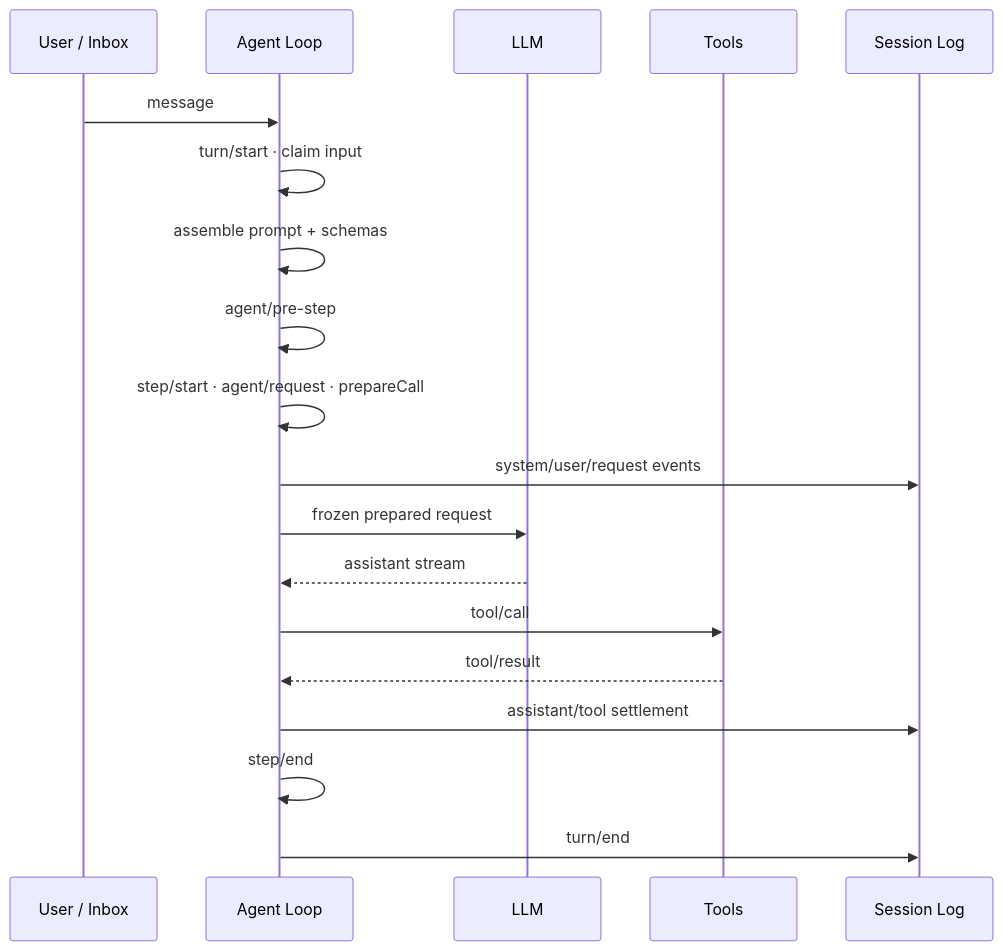
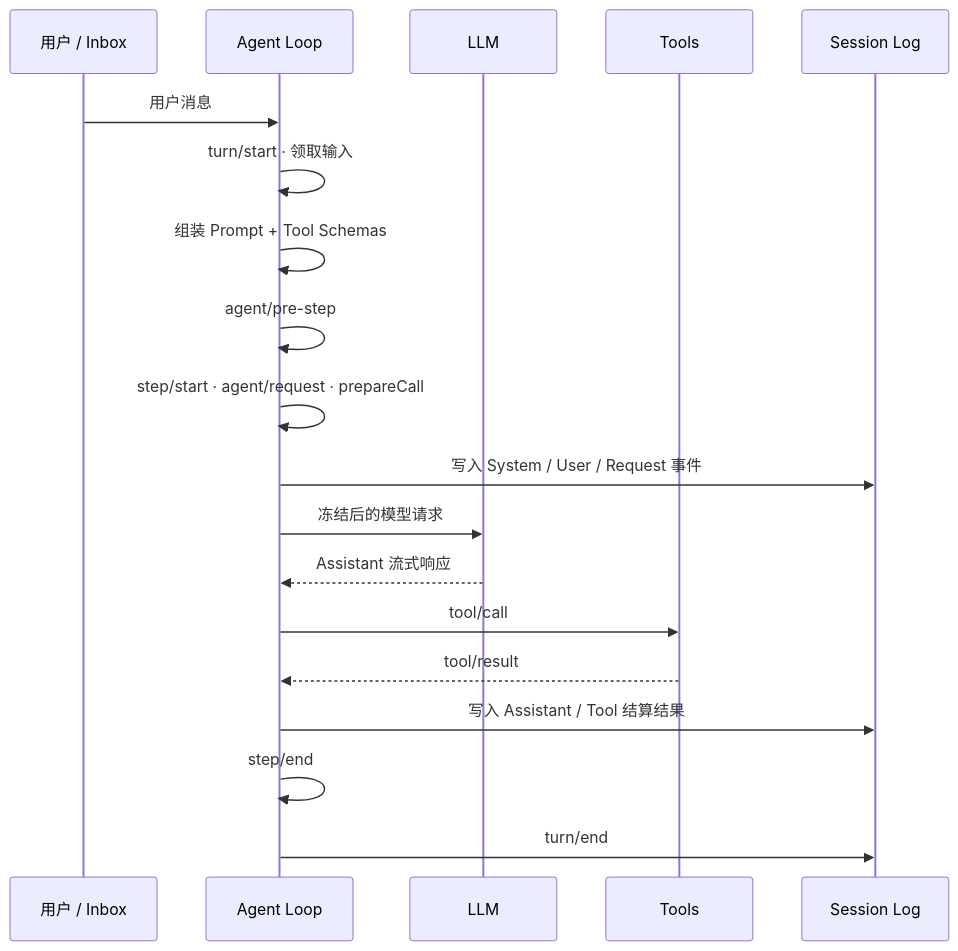
The diagram in src/react-app/content/whitepaper/v0.1.5-rc.1/04-runtime.md (0326/dsh-plugin-market), drawn with Mermaid before and after one commit. The commit also changed other lines of this file, not shown here.

Commit message:
docs: localize runtime diagram and source references

````diff
--- a/src/react-app/content/whitepaper/v0.1.5-rc.1/04-runtime.md
+++ b/src/react-app/content/whitepaper/v0.1.5-rc.1/04-runtime.md
@@ -21,21 +21,21 @@
 ```mermaid id=turn-flow
 sequenceDiagram
-  participant U as User / Inbox
+  participant U as 用户 / Inbox
   participant A as Agent Loop
   participant L as LLM
   participant T as Tools
   participant S as Session Log
-  U->>A: message
-  A->>A: turn/start · claim input
-  A->>A: assemble prompt + schemas
+  U->>A: 用户消息
+  A->>A: turn/start · 领取输入
+  A->>A: 组装 Prompt + Tool Schemas
   A->>A: agent/pre-step
   A->>A: step/start · agent/request · prepareCall
-  A->>S: system/user/request events
-  A->>L: frozen prepared request
-  L-->>A: assistant stream
+  A->>S: 写入 System / User / Request 事件
+  A->>L: 冻结后的模型请求
+  L-->>A: Assistant 流式响应
   A->>T: tool/call
   T-->>A: tool/result
-  A->>S: assistant/tool settlement
+  A->>S: 写入 Assistant / Tool 结算结果
   A->>A: step/end
   A->>S: turn/end
 ```
````
